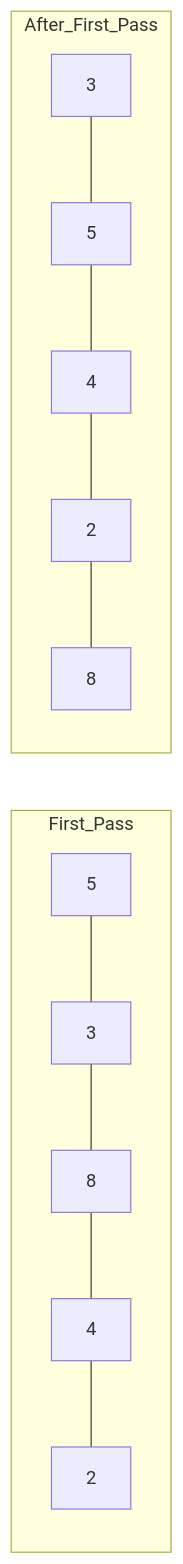
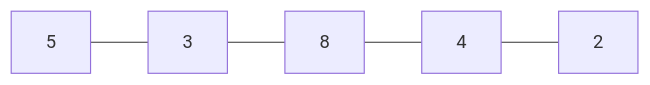
The first of 7 diagrams in 1 - Data Structures and Algorithms/30 - Sorting.md (Cyberistic/Kuwait-University-Computer-Engineering-Masters-Prep-2025), drawn with Mermaid before and after one commit. The commit also changed other lines of this file and 1 other file, not shown here.

````diff
--- a/1 - Data Structures and Algorithms/30 - Sorting.md
+++ b/1 - Data Structures and Algorithms/30 - Sorting.md
@@ -21,9 +39,4 @@
 ```mermaid
 graph LR
-    subgraph First_Pass
-        A1[5] --- B1[3] --- C1[8] --- D1[4] --- E1[2]
-    end
-    subgraph After_First_Pass
-        A2[3] --- B2[5] --- C2[4] --- D2[2] --- E2[8]
-    end
+    A1[5] --- B1[3] --- C1[8] --- D1[4] --- E1[2]
 ```
````
